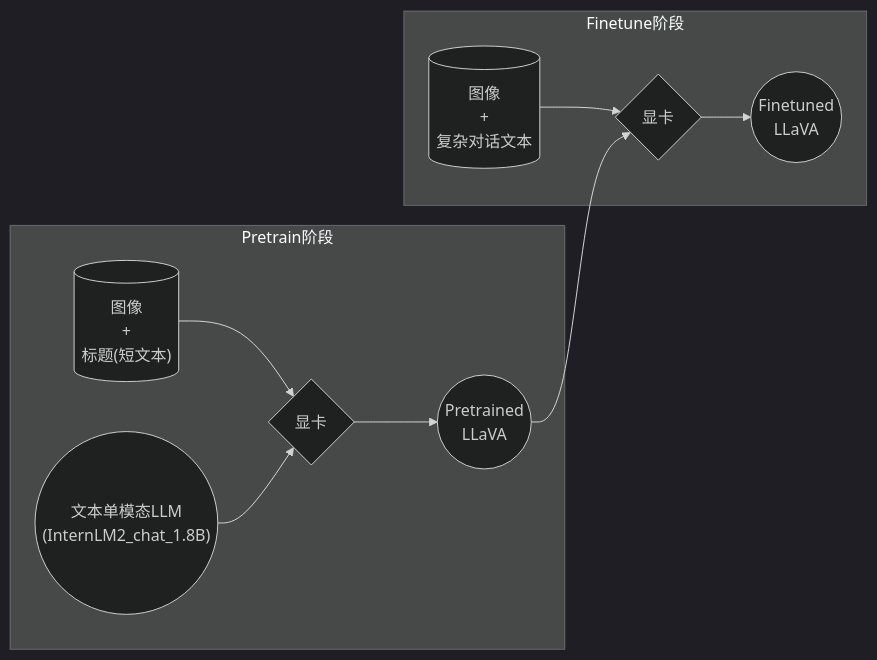
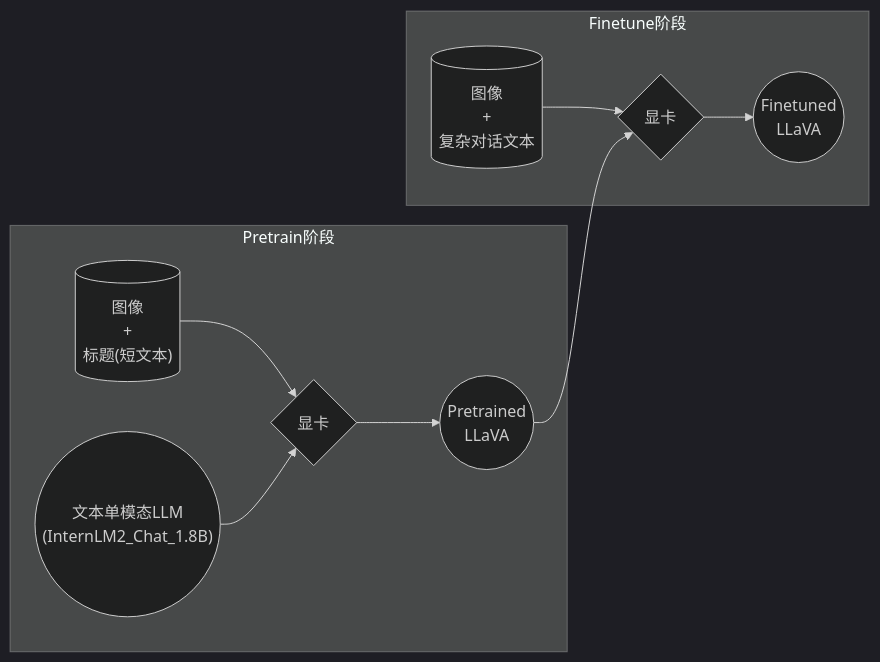
The fifth of 5 diagrams in xtuner/llava/xtuner_llava.md (InternLM/Tutorial), drawn with Mermaid (dark theme) before and after one commit. The commit also changed other lines of this file, not shown here.

````diff
--- a/xtuner/llava/xtuner_llava.md
+++ b/xtuner/llava/xtuner_llava.md
@@ -167,14 +167,14 @@
 ```mermaid
 flowchart LR;
     subgraph Pretrain阶段
     a[("图像<br>+<br>标题(短文本)")] --> b{显卡}
-    c(("文本单模态LLM<br>(InternLM2_chat_1.8B)")) --> b
+    c(("文本单模态LLM<br>(InternLM2_Chat_1.8B)")) --> b
     b --> d((Pretrained<br>LLaVA))
     end
 
     subgraph Finetune阶段
     f[("图像<br>+<br>复杂对话文本")] --> g{显卡}
     d --> g
     g --> i((Finetuned<br>LLaVA))
     end
 ```
````
